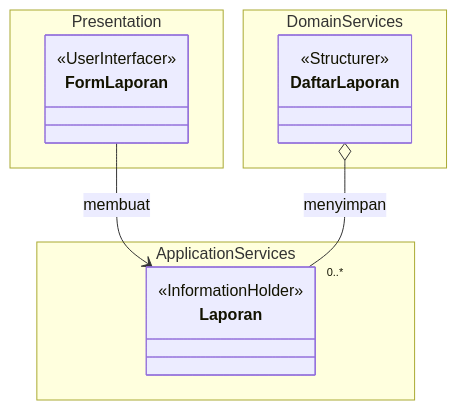
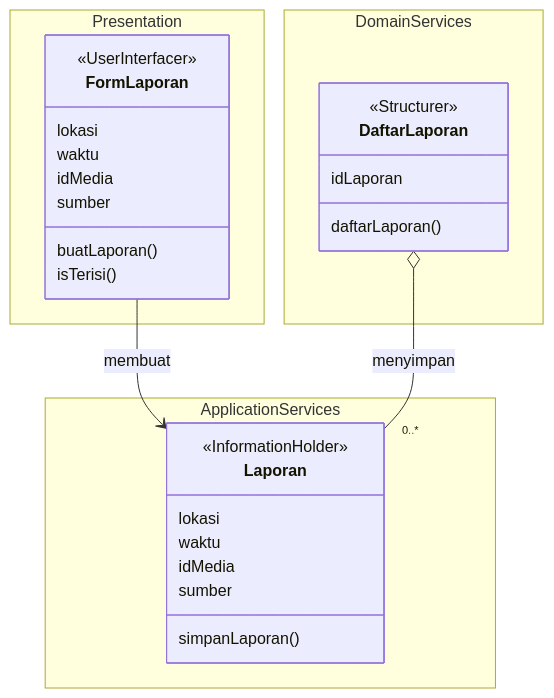
The fifth of 9 diagrams in docs/M4/K03_G02_CD.md (star-scripter/IF2150-RPL-K03-G02), drawn with Mermaid before and after one commit. The commit also changed other lines of this file, not shown here.

Commit message:
docs: add attributes and operations to mermaid diagram

````diff
--- a/docs/M4/K03_G02_CD.md
+++ b/docs/M4/K03_G02_CD.md
@@ -522,21 +566,37 @@
 ```mermaid
 classDiagram
     direction TB
 
     namespace Presentation {
-        class FormLaporan
+        class FormLaporan {
+            lokasi
+            waktu
+            idMedia
+            sumber
+            buatLaporan()
+            isTerisi()
+        }
     }
     namespace ApplicationServices {
-        class Laporan
+        class Laporan {
+            lokasi
+            waktu
+            idMedia
+            sumber
+            simpanLaporan()
+        }
     }
     namespace DomainServices {
-        class DaftarLaporan
+        class DaftarLaporan {
+            idLaporan
+            daftarLaporan()
+        }
     }
 
     <<UserInterfacer>> FormLaporan
     <<Structurer>> DaftarLaporan 
     <<InformationHolder>> Laporan
 
     FormLaporan --> Laporan : membuat
     DaftarLaporan o-- "0..*" Laporan : menyimpan
 ```
````
